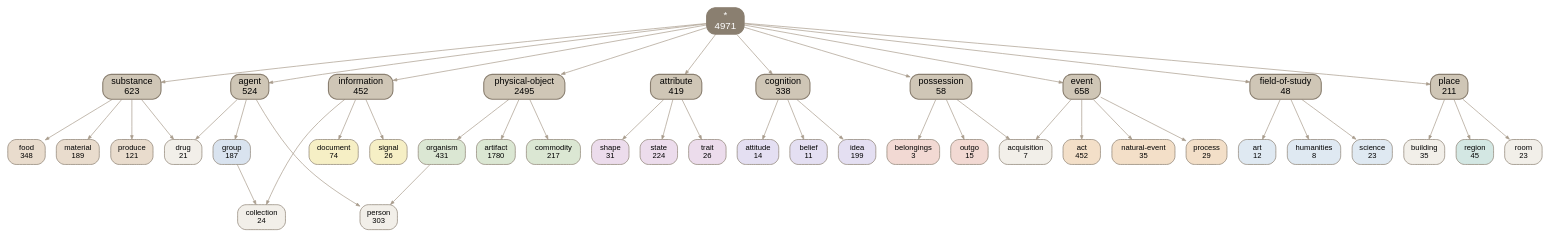
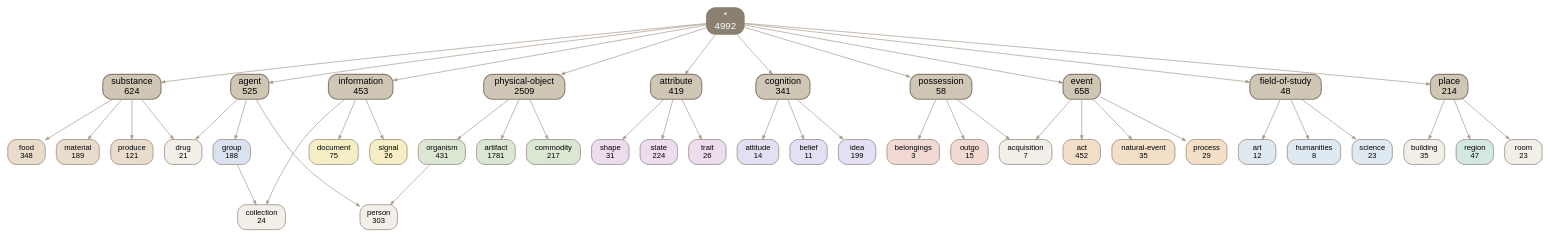
One commit to petfold/ontodag-core changed the diagram in docs/img/top.dot. Above: the diagram before and after it, drawn with Graphviz. The commit also changed 94 other files, not shown here.

```diff
--- a/docs/img/top.dot
+++ b/docs/img/top.dot
@@ -1,91 +1,91 @@
 digraph core {
   root="*"; rankdir=TB; ranksep=0.8; nodesep=0.22; splines=true; outputorder=edgesfirst;
   node [shape=box, style="rounded,filled", color="#8a7f70", fontname=Helvetica, fontsize=11];
   edge [color="#a89c8c", arrowsize=0.55];
-  "*" [label="*\n4971" fillcolor="#8a7f70" fontcolor="white" fontsize=14 penwidth=1.6];
+  "*" [label="*\n4992" fillcolor="#8a7f70" fontcolor="white" fontsize=14 penwidth=1.6];
   "*" -> "agent";
   "*" -> "attribute";
   "*" -> "cognition";
   "*" -> "event";
   "*" -> "field-of-study";
   "*" -> "information";
   "*" -> "physical-object";
   "*" -> "place";
   "*" -> "possession";
   "*" -> "substance";
   "acquisition" [label="acquisition\n7" fillcolor="#f2efe9"];
   "act" [label="act\n452" fillcolor="#f3dfc8"];
-  "agent" [label="agent\n524" fillcolor="#cfc6b6" fontsize=13 penwidth=1.6];
+  "agent" [label="agent\n525" fillcolor="#cfc6b6" fontsize=13 penwidth=1.6];
   "art" [label="art\n12" fillcolor="#dfe9f2"];
-  "artifact" [label="artifact\n1780" fillcolor="#dbe7d3"];
+  "artifact" [label="artifact\n1781" fillcolor="#dbe7d3"];
   "attitude" [label="attitude\n14" fillcolor="#e4dff2"];
   "attribute" [label="attribute\n419" fillcolor="#cfc6b6" fontsize=13 penwidth=1.6];
   "belief" [label="belief\n11" fillcolor="#e4dff2"];
   "belongings" [label="belongings\n3" fillcolor="#f2d9d3"];
   "building" [label="building\n35" fillcolor="#f2efe9"];
-  "cognition" [label="cognition\n338" fillcolor="#cfc6b6" fontsize=13 penwidth=1.6];
+  "cognition" [label="cognition\n341" fillcolor="#cfc6b6" fontsize=13 penwidth=1.6];
   "collection" [label="collection\n24" fillcolor="#f2efe9"];
   "commodity" [label="commodity\n217" fillcolor="#dbe7d3"];
-  "document" [label="document\n74" fillcolor="#f6efc5"];
+  "document" [label="document\n75" fillcolor="#f6efc5"];
   "drug" [label="drug\n21" fillcolor="#f2efe9"];
   "event" [label="event\n658" fillcolor="#cfc6b6" fontsize=13 penwidth=1.6];
   "field-of-study" [label="field-of-study\n48" fillcolor="#cfc6b6" fontsize=13 penwidth=1.6];
   "food" [label="food\n348" fillcolor="#e9dccd"];
-  "group" [label="group\n187" fillcolor="#d9e3ef"];
+  "group" [label="group\n188" fillcolor="#d9e3ef"];
   "humanities" [label="humanities\n8" fillcolor="#dfe9f2"];
   "idea" [label="idea\n199" fillcolor="#e4dff2"];
-  "information" [label="information\n452" fillcolor="#cfc6b6" fontsize=13 penwidth=1.6];
+  "information" [label="information\n453" fillcolor="#cfc6b6" fontsize=13 penwidth=1.6];
   "material" [label="material\n189" fillcolor="#e9dccd"];
   "natural-event" [label="natural-event\n35" fillcolor="#f3dfc8"];
   "organism" [label="organism\n431" fillcolor="#dbe7d3"];
   "outgo" [label="outgo\n15" fillcolor="#f2d9d3"];
   "person" [label="person\n303" fillcolor="#f2efe9"];
-  "physical-object" [label="physical-object\n2495" fillcolor="#cfc6b6" fontsize=13 penwidth=1.6];
-  "place" [label="place\n211" fillcolor="#cfc6b6" fontsize=13 penwidth=1.6];
+  "physical-object" [label="physical-object\n2509" fillcolor="#cfc6b6" fontsize=13 penwidth=1.6];
+  "place" [label="place\n214" fillcolor="#cfc6b6" fontsize=13 penwidth=1.6];
   "possession" [label="possession\n58" fillcolor="#cfc6b6" fontsize=13 penwidth=1.6];
   "process" [label="process\n29" fillcolor="#f3dfc8"];
   "produce" [label="produce\n121" fillcolor="#e9dccd"];
-  "region" [label="region\n45" fillcolor="#d3e7e3"];
+  "region" [label="region\n47" fillcolor="#d3e7e3"];
   "room" [label="room\n23" fillcolor="#f2efe9"];
   "science" [label="science\n23" fillcolor="#dfe9f2"];
   "shape" [label="shape\n31" fillcolor="#ecdcec"];
   "signal" [label="signal\n26" fillcolor="#f6efc5"];
   "state" [label="state\n224" fillcolor="#ecdcec"];
-  "substance" [label="substance\n623" fillcolor="#cfc6b6" fontsize=13 penwidth=1.6];
+  "substance" [label="substance\n624" fillcolor="#cfc6b6" fontsize=13 penwidth=1.6];
   "trait" [label="trait\n26" fillcolor="#ecdcec"];
   { rank=same; "agent" "attribute" "cognition" "event" "field-of-study" "information" "physical-object" "place" "possession" "substance" }
+  "attribute" -> "trait";
+  "agent" -> "person";
+  "organism" -> "person";
+  "place" -> "region";
+  "agent" -> "drug";
+  "substance" -> "drug";
   "cognition" -> "belief";
+  "possession" -> "belongings";
+  "information" -> "signal";
   "information" -> "document";
-  "agent" -> "group";
-  "field-of-study" -> "humanities";
-  "event" -> "act";
+  "event" -> "natural-event";
   "group" -> "collection";
   "information" -> "collection";
-  "attribute" -> "trait";
-  "possession" -> "belongings";
-  "place" -> "room";
-  "cognition" -> "attitude";
-  "event" -> "natural-event";
-  "event" -> "process";
-  "agent" -> "person";
-  "organism" -> "person";
+  "event" -> "act";
+  "attribute" -> "state";
   "event" -> "acquisition";
   "possession" -> "acquisition";
+  "cognition" -> "attitude";
+  "field-of-study" -> "art";
+  "possession" -> "outgo";
+  "place" -> "building";
+  "substance" -> "food";
+  "place" -> "room";
+  "event" -> "process";
   "substance" -> "produce";
-  "information" -> "signal";
-  "place" -> "building";
+  "physical-object" -> "artifact";
+  "agent" -> "group";
+  "physical-object" -> "organism";
+  "attribute" -> "shape";
+  "cognition" -> "idea";
+  "substance" -> "material";
   "field-of-study" -> "science";
-  "field-of-study" -> "art";
+  "field-of-study" -> "humanities";
   "physical-object" -> "commodity";
-  "substance" -> "material";
-  "cognition" -> "idea";
-  "place" -> "region";
-  "attribute" -> "state";
-  "attribute" -> "shape";
-  "possession" -> "outgo";
-  "physical-object" -> "artifact";
-  "physical-object" -> "organism";
-  "agent" -> "drug";
-  "substance" -> "drug";
-  "substance" -> "food";
 }
```
